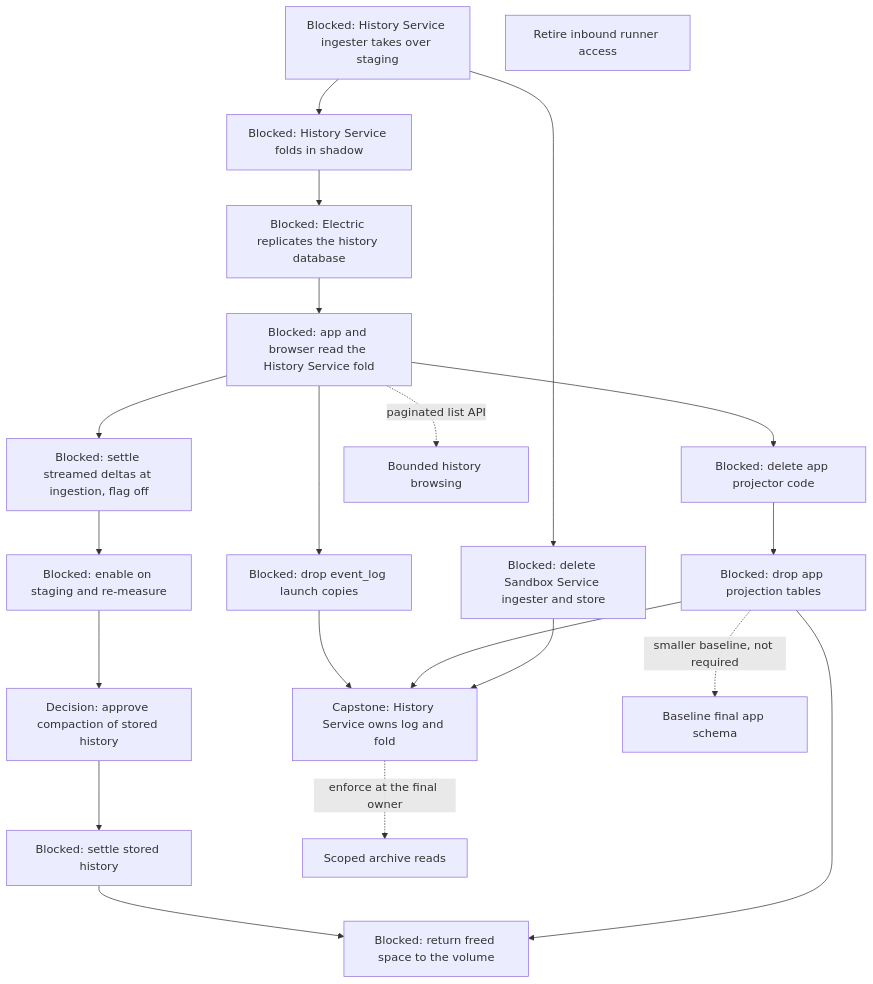
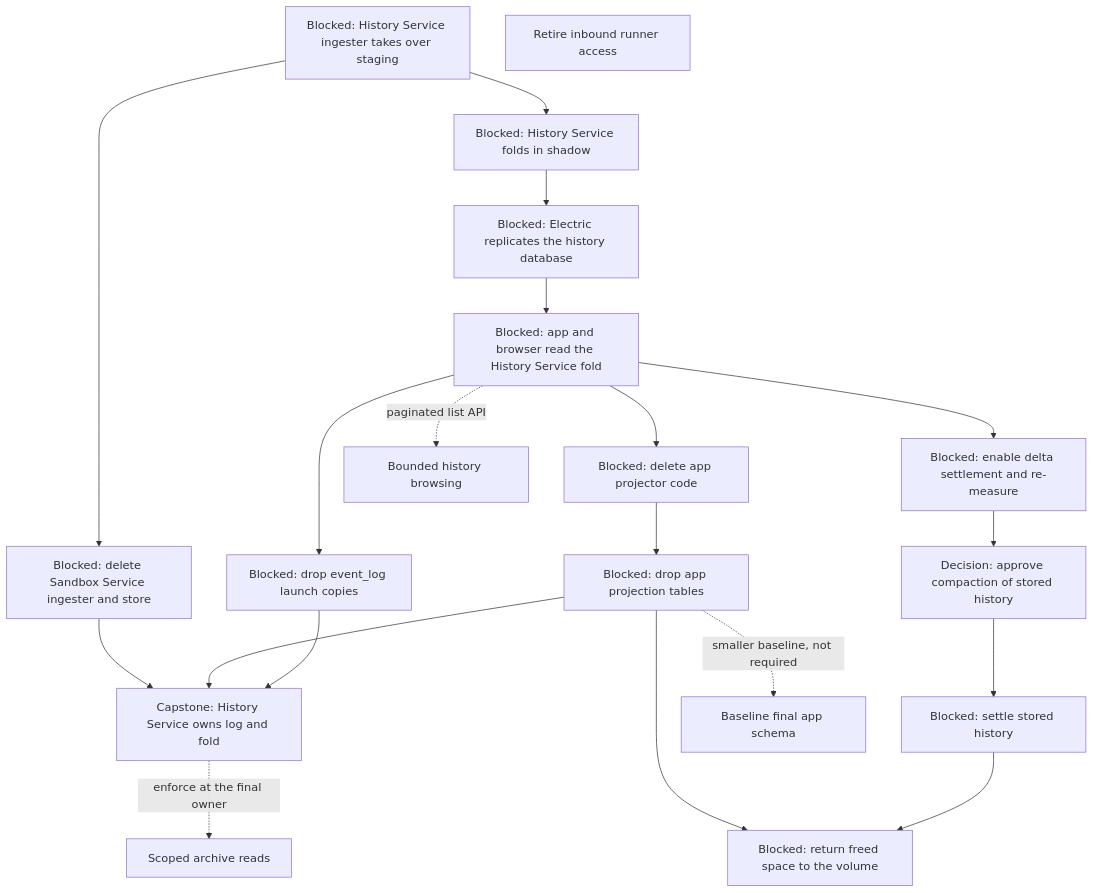
The eighth of 11 diagrams in agentplane/plans/task_dag.md (agentydragon-agent/ducktape), drawn with Mermaid before and after one commit. The commit also changed other lines of this file and 30 other files, not shown here.

````diff
--- a/agentplane/plans/task_dag.md
+++ b/agentplane/plans/task_dag.md
@@ -653,40 +653,38 @@
 ```mermaid
 flowchart TD
     HISTORY_WRITE_HANDOFF[Blocked: History Service ingester takes over staging]
     SANDBOX_LOCAL_HISTORY_RETIRE[Blocked: delete Sandbox Service ingester and store]
     FOLD_SHADOW[Blocked: History Service folds in shadow]
     ELECTRIC_HISTORY_SOURCE[Blocked: Electric replicates the history database]
     FOLD_READ_CUTOVER[Blocked: app and browser read the History Service fold]
     APP_PROJECTOR_RETIRE[Blocked: delete app projector code]
     APP_PROJECTION_RETIRE[Blocked: drop app projection tables]
     APP_EVENT_LOG_COPIES_RETIRE[Blocked: drop event_log launch copies]
     HISTORY_SERVICE_OWNERSHIP[Capstone: History Service owns log and fold]
-    SESSION_EVENT_RETENTION[Blocked: settle streamed deltas at ingestion, flag off]
-    SESSION_EVENT_RETENTION_ENABLE[Blocked: enable on staging and re-measure]
+    SESSION_EVENT_RETENTION_ENABLE[Blocked: enable delta settlement and re-measure]
     SESSION_EVENT_COMPACTION_PLAN[Decision: approve compaction of stored history]
     SESSION_EVENT_COMPACTION[Blocked: settle stored history]
     HISTORY_REPACK[Blocked: return freed space to the volume]
     APP_ALEMBIC_SQUASH[Baseline final app schema]
     THREAD_BROWSE_PAGINATE[Bounded history browsing]
     THREAD_READ_POLICY[Scoped archive reads]
     RUNNER_INBOUND_RETIRE[Retire inbound runner access]
     HISTORY_WRITE_HANDOFF --> SANDBOX_LOCAL_HISTORY_RETIRE
     HISTORY_WRITE_HANDOFF --> FOLD_SHADOW
     FOLD_SHADOW --> ELECTRIC_HISTORY_SOURCE
     FOLD_READ_CUTOVER -. paginated list API .-> THREAD_BROWSE_PAGINATE
     ELECTRIC_HISTORY_SOURCE --> FOLD_READ_CUTOVER
     FOLD_READ_CUTOVER --> APP_PROJECTOR_RETIRE
     APP_PROJECTOR_RETIRE --> APP_PROJECTION_RETIRE
     FOLD_READ_CUTOVER --> APP_EVENT_LOG_COPIES_RETIRE
     APP_EVENT_LOG_COPIES_RETIRE --> HISTORY_SERVICE_OWNERSHIP
     APP_PROJECTION_RETIRE --> HISTORY_SERVICE_OWNERSHIP
     SANDBOX_LOCAL_HISTORY_RETIRE --> HISTORY_SERVICE_OWNERSHIP
-    FOLD_READ_CUTOVER --> SESSION_EVENT_RETENTION
-    SESSION_EVENT_RETENTION --> SESSION_EVENT_RETENTION_ENABLE
+    FOLD_READ_CUTOVER --> SESSION_EVENT_RETENTION_ENABLE
     SESSION_EVENT_RETENTION_ENABLE --> SESSION_EVENT_COMPACTION_PLAN
     SESSION_EVENT_COMPACTION_PLAN --> SESSION_EVENT_COMPACTION
     SESSION_EVENT_COMPACTION --> HISTORY_REPACK
     APP_PROJECTION_RETIRE --> HISTORY_REPACK
     APP_PROJECTION_RETIRE -. smaller baseline, not required .-> APP_ALEMBIC_SQUASH
     HISTORY_SERVICE_OWNERSHIP -. enforce at the final owner .-> THREAD_READ_POLICY
 ```
````
